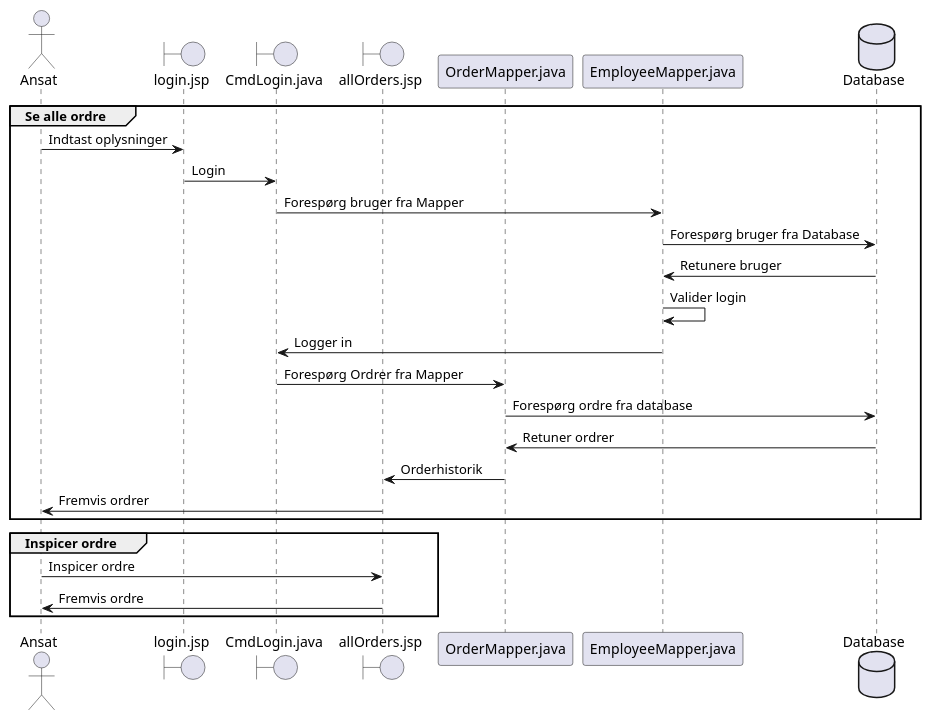
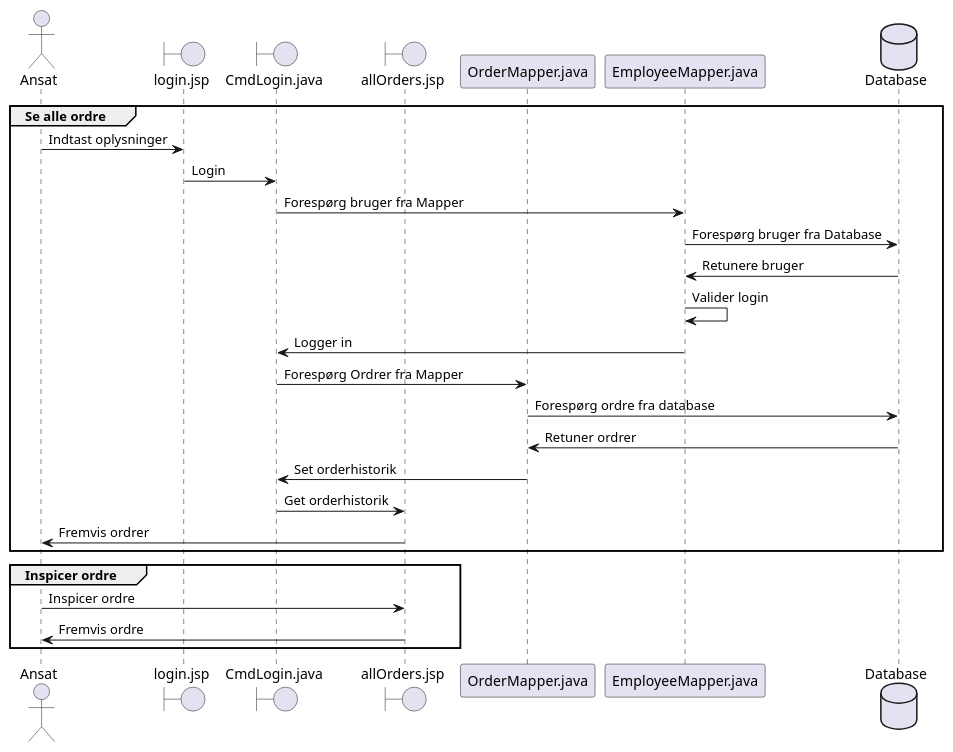
One commit to NikolajX4000/Sem2Exam changed the diagram in src/main/java/UML/SequenceDiagram_ViewAllOrders.puml. Above: the diagram before and after it, drawn with PlantUML. The commit also changed 1 other file, not shown here.

Commit message:
SequenceDiagram_ViewAllOrders

```diff
--- a/src/main/java/UML/SequenceDiagram_ViewAllOrders.puml
+++ b/src/main/java/UML/SequenceDiagram_ViewAllOrders.puml
@@ -1,31 +1,32 @@
 @startuml
 
 actor Ansat
 boundary "login.jsp" as LI
 boundary "CmdLogin.java" as CLI
 boundary "allOrders.jsp" as AO
 participant "OrderMapper.java" as OM
 participant "EmployeeMapper.java" as EM
 database "Database" as DB
 
 group Se alle ordre
 Ansat -> LI : Indtast oplysninger
 LI -> CLI : Login
 CLI -> EM : Forespørg bruger fra Mapper
 EM -> DB : Forespørg bruger fra Database
 DB -> EM : Retunere bruger
 EM -> EM : Valider login
 EM -> CLI : Logger in
 CLI -> OM : Forespørg Ordrer fra Mapper
 OM -> DB : Forespørg ordre fra database
 DB -> OM : Retuner ordrer
-OM -> AO : Orderhistorik
+OM -> CLI : Set orderhistorik
+CLI -> AO : Get orderhistorik
 AO -> Ansat : Fremvis ordrer
 end
 
 group Inspicer ordre
 Ansat -> AO : Inspicer ordre
 AO -> Ansat : Fremvis ordre
 end
 
 @enduml
```
